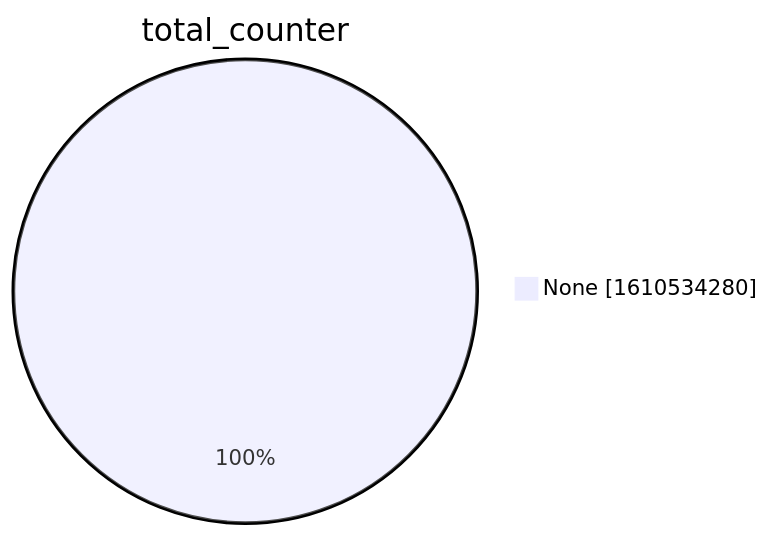
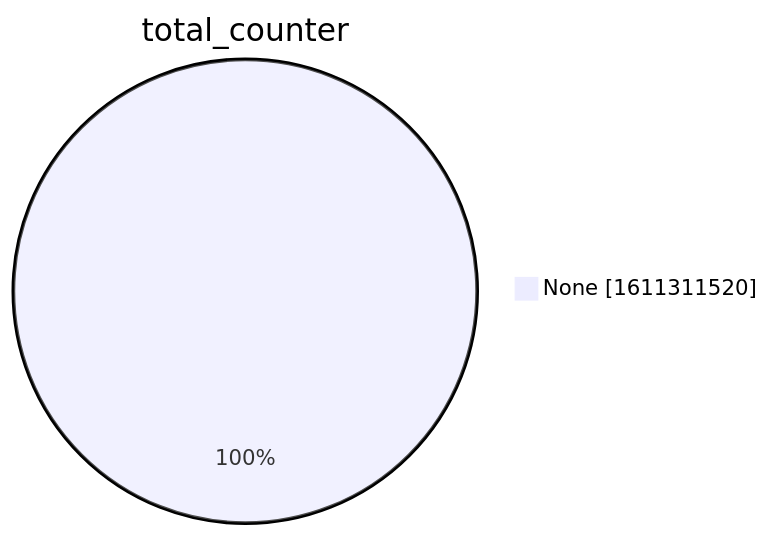
One commit to christiankrug/ctmonitor_visualization changed the second of 15 diagrams in xenon2022/README.md. Above: the diagram before and after it, drawn with Mermaid. The commit also changed other lines of this file, not shown here.

````diff
--- a/xenon2022/README.md
+++ b/xenon2022/README.md
@@ -9,5 +9,5 @@
 ```mermaid
 pie showData
 title total_counter
-"None" :1610534280
+"None" :1611311520
 ```
````
